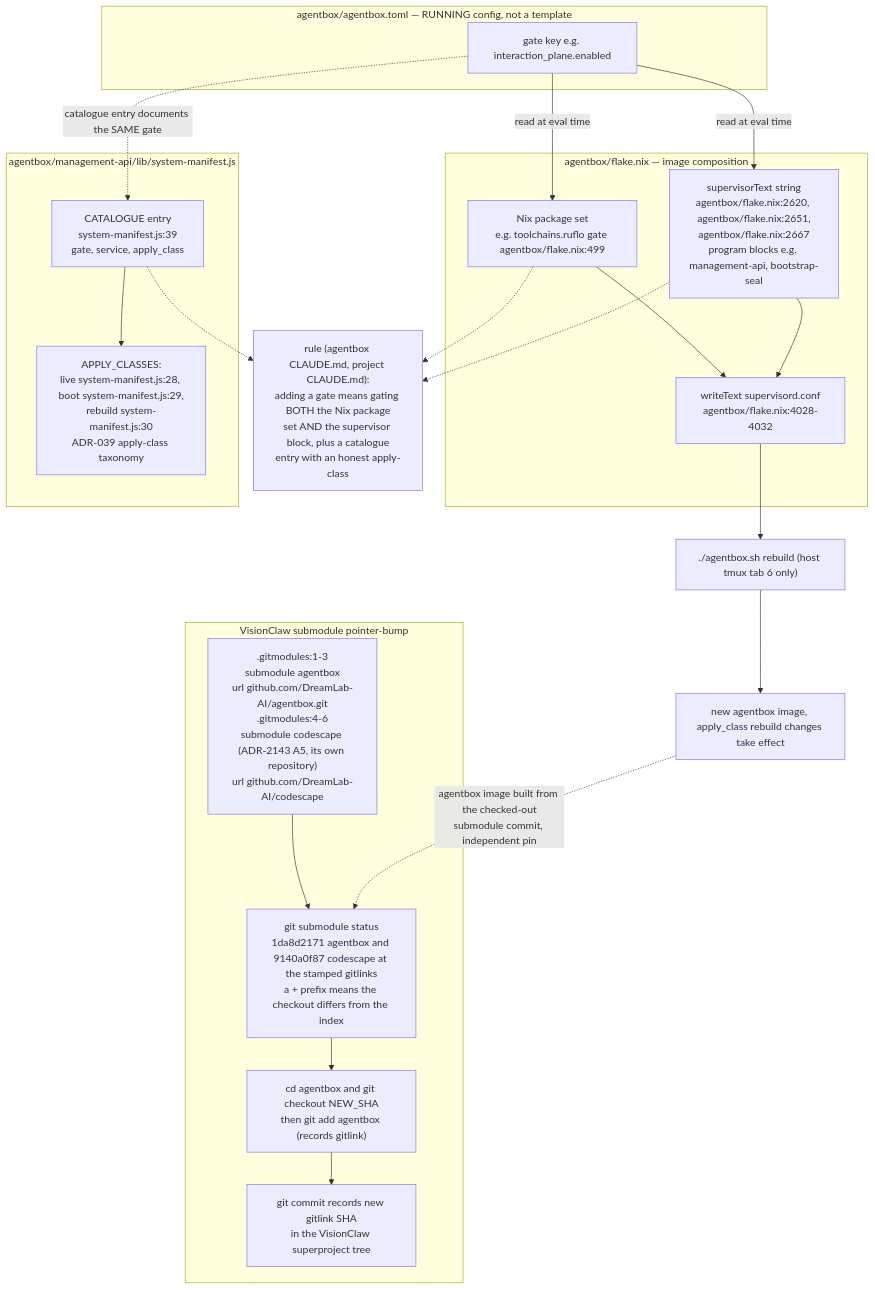
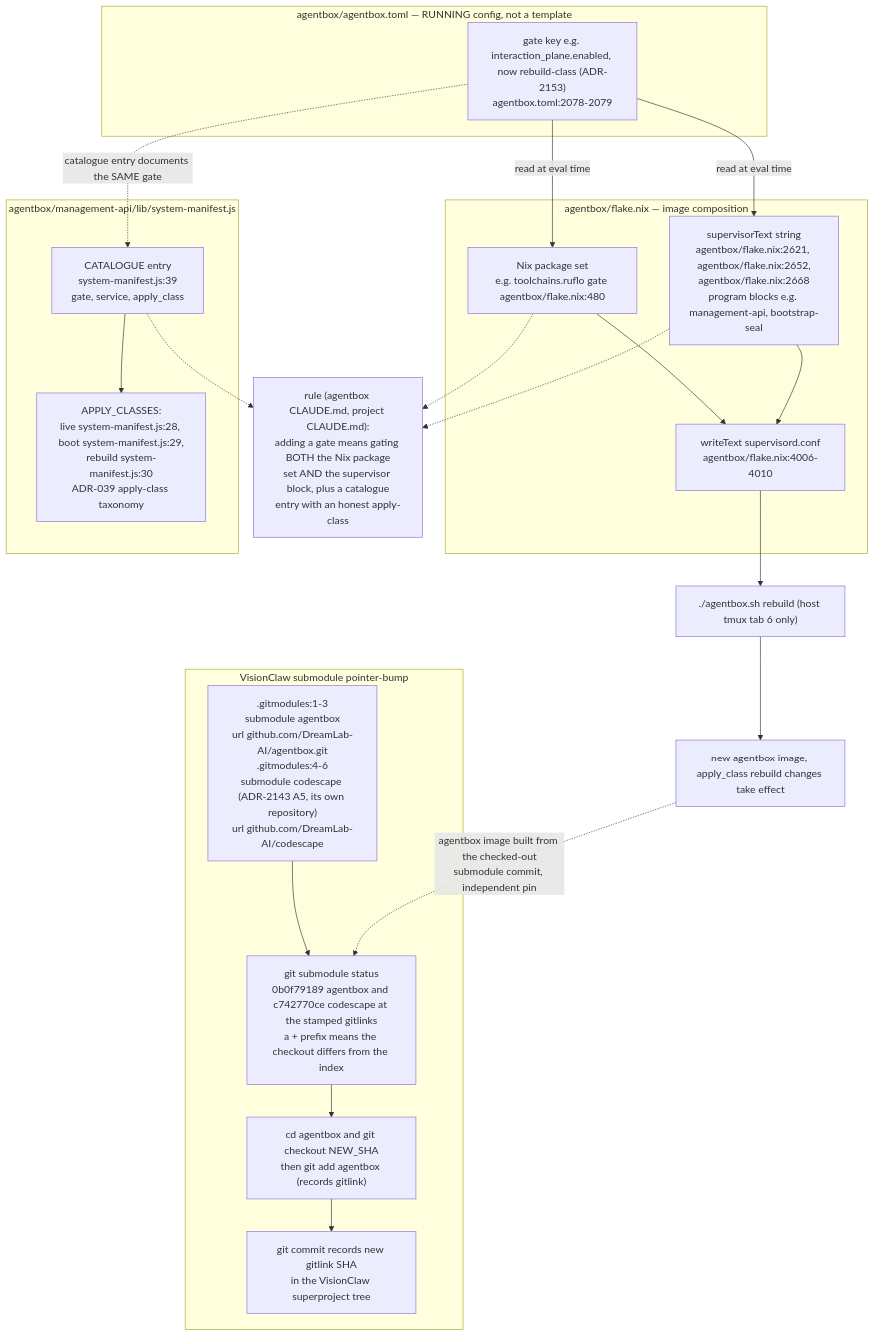
Before and after one commit to DreamLab-AI/VisionFlow: the tenth of 24 diagrams in docs/diagrams/estate/09-build-deploy-and-ci-estate.md, drawn with Mermaid. The commit also changed other lines of this file and 145 other files, not shown here.

````diff
--- a/docs/diagrams/estate/09-build-deploy-and-ci-estate.md
+++ b/docs/diagrams/estate/09-build-deploy-and-ci-estate.md
@@ -383,42 +386,42 @@
 ```mermaid
 flowchart TB
     subgraph FLAKE["agentbox/flake.nix — image composition"]
-        NIXPKG["Nix package set<br/>e.g. toolchains.ruflo gate agentbox/flake.nix:499"]
-        SUPTEXT["supervisorText string<br/>agentbox/flake.nix:2620, agentbox/flake.nix:2651,<br/>agentbox/flake.nix:2667<br/>program blocks e.g. management-api, bootstrap-seal"]
-        SUPWRITE["writeText supervisord.conf<br/>agentbox/flake.nix:4028-4032"]
+        NIXPKG["Nix package set<br/>e.g. toolchains.ruflo gate agentbox/flake.nix:480"]
+        SUPTEXT["supervisorText string<br/>agentbox/flake.nix:2621, agentbox/flake.nix:2652,<br/>agentbox/flake.nix:2668<br/>program blocks e.g. management-api, bootstrap-seal"]
+        SUPWRITE["writeText supervisord.conf<br/>agentbox/flake.nix:4006-4010"]
     end
     subgraph TOML["agentbox/agentbox.toml — RUNNING config, not a template"]
-        GATEKEY["gate key e.g. interaction_plane.enabled"]
+        GATEKEY["gate key e.g. interaction_plane.enabled, now rebuild-class (ADR-2153)<br/>agentbox.toml:2078-2079"]
     end
     subgraph MANIFEST["agentbox/management-api/lib/system-manifest.js"]
         CATALOGUE["CATALOGUE entry<br/>system-manifest.js:39<br/>gate, service, apply_class"]
         APPLYCLASS["APPLY_CLASSES:<br/>live system-manifest.js:28, boot system-manifest.js:29,<br/>rebuild system-manifest.js:30<br/>ADR-039 apply-class taxonomy"]
     end
 
     GATEKEY -->|"read at eval time"| NIXPKG
     GATEKEY -->|"read at eval time"| SUPTEXT
     NIXPKG --> SUPWRITE
     SUPTEXT --> SUPWRITE
     GATEKEY -.->|"catalogue entry documents the SAME gate"| CATALOGUE
     CATALOGUE --> APPLYCLASS
 
     RULE["rule (agentbox CLAUDE.md, project CLAUDE.md):<br/>adding a gate means gating BOTH the Nix package<br/>set AND the supervisor block, plus a catalogue<br/>entry with an honest apply-class"]
     NIXPKG -.-> RULE
     SUPTEXT -.-> RULE
     CATALOGUE -.-> RULE
 
     REBUILD["./agentbox.sh rebuild (host tmux tab 6 only)"]
     SUPWRITE --> REBUILD
     REBUILD --> IMAGE["new agentbox image, apply_class rebuild changes take effect"]
 
     subgraph SUBMOD["VisionClaw submodule pointer-bump"]
         GITMODULES[".gitmodules:1-3<br/>submodule agentbox<br/>url github.com/DreamLab-AI/agentbox.git<br/>.gitmodules:4-6<br/>submodule codescape (ADR-2143 A5, its own repository)<br/>url github.com/DreamLab-AI/codescape"]
-        SUBSTATUS["git submodule status<br/>1da8d2171 agentbox and 9140a0f87 codescape at the stamped gitlinks<br/>a + prefix means the checkout differs from the index"]
+        SUBSTATUS["git submodule status<br/>0b0f79189 agentbox and c742770ce codescape at the stamped gitlinks<br/>a + prefix means the checkout differs from the index"]
         SUBUPDATE["cd agentbox and git checkout NEW_SHA<br/>then git add agentbox (records gitlink)"]
         SUBCOMMIT["git commit records new gitlink SHA<br/>in the VisionClaw superproject tree"]
     end
     GITMODULES --> SUBSTATUS
     SUBSTATUS --> SUBUPDATE
     SUBUPDATE --> SUBCOMMIT
     IMAGE -.->|"agentbox image built from the checked-out<br/>submodule commit, independent pin"| SUBSTATUS
 ```
````
